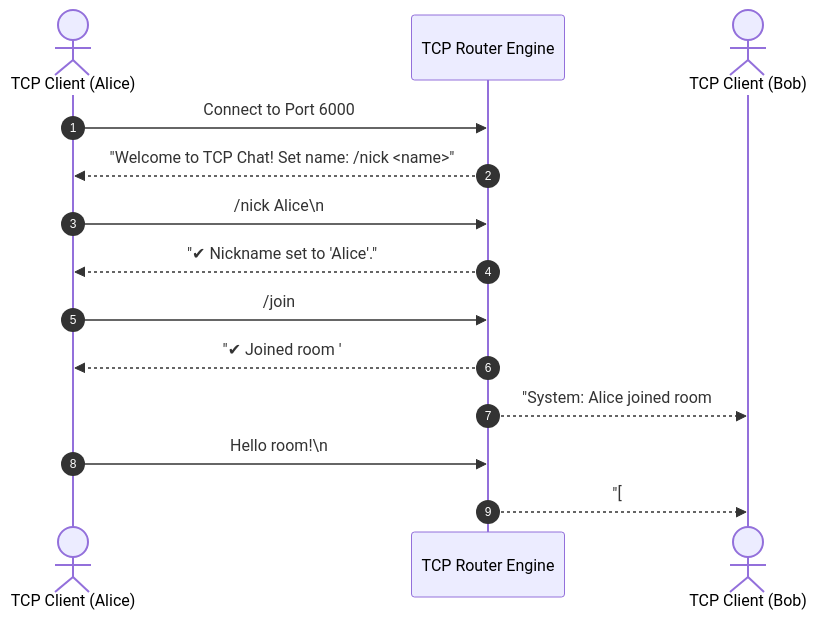
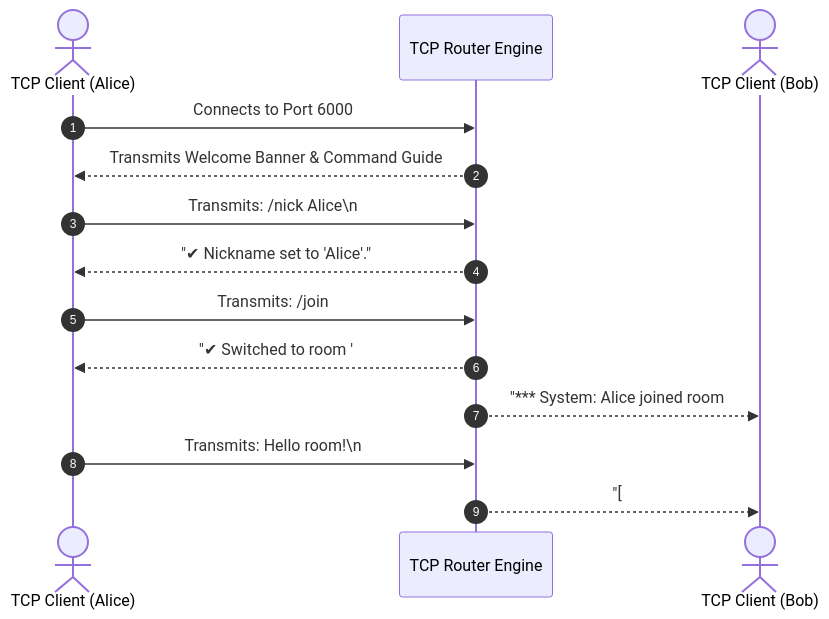
Before and after one commit to Amie-dev/engineering-playbook: the second of 3 diagrams in nodejs-notes/32-project-tcp-chat.md, drawn with Mermaid. The commit also changed other lines of this file and 31 other files, not shown here.

````diff
--- a/nodejs-notes/32-project-tcp-chat.md
+++ b/nodejs-notes/32-project-tcp-chat.md
@@ -35,20 +41,20 @@
 ```mermaid
 sequenceDiagram
     autonumber
     actor Alice as TCP Client (Alice)
     participant Server as TCP Router Engine
     actor Bob as TCP Client (Bob)
 
-    Alice->>Server: Connect to Port 6000
-    Server-->>Alice: "Welcome to TCP Chat! Set name: /nick <name>"
+    Alice->>Server: Connects to Port 6000
+    Server-->>Alice: Transmits Welcome Banner & Command Guide
     
-    Alice->>Server: /nick Alice\n
+    Alice->>Server: Transmits: /nick Alice\n
     Server-->>Alice: "✔ Nickname set to 'Alice'."
 
-    Alice->>Server: /join #dev\n
-    Server-->>Alice: "✔ Joined room '#dev'."
-    Server-->>Bob: "System: Alice joined room #dev."
+    Alice->>Server: Transmits: /join #dev\n
+    Server-->>Alice: "✔ Switched to room '#dev'."
+    Server-->>Bob: "*** System: Alice joined room #dev ***"
 
-    Alice->>Server: Hello room!\n
+    Alice->>Server: Transmits: Hello room!\n
     Server-->>Bob: "[#dev] Alice: Hello room!"
 ```
````
